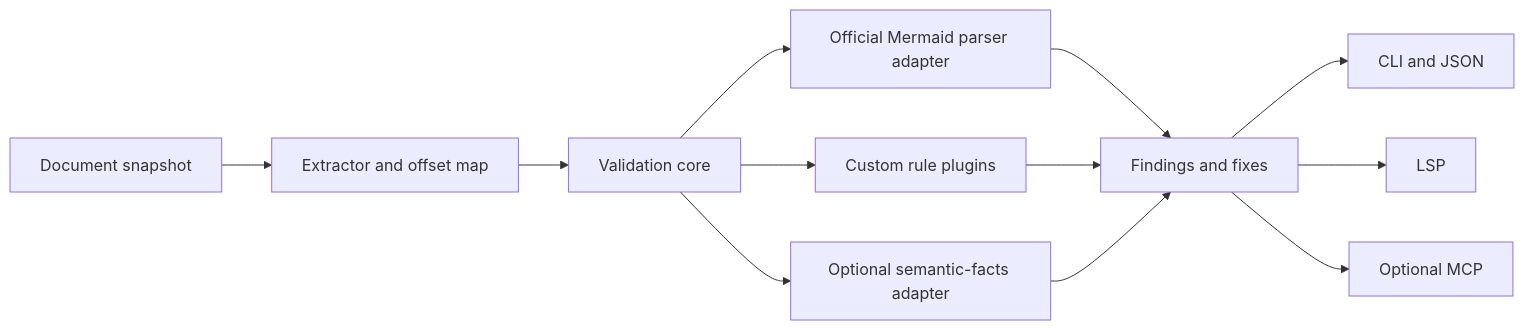
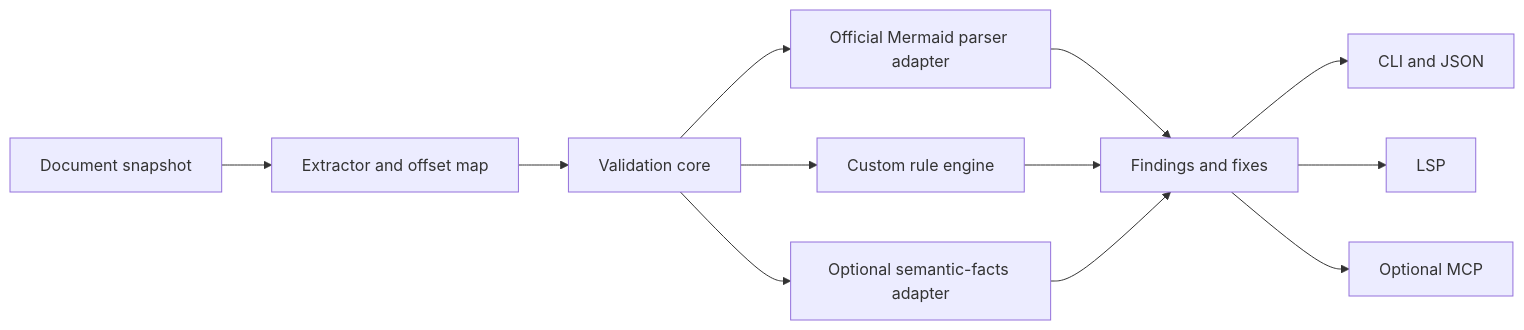
Before and after one commit to sanbaiw/mermaid-validator: the diagram in DRAFT-PLAN.md, drawn with Mermaid. The commit also changed other lines of this file and 1 other file, not shown here.

````diff
--- a/DRAFT-PLAN.md
+++ b/DRAFT-PLAN.md
@@ -78,14 +78,14 @@
 ```mermaid
 flowchart LR
   D["Document snapshot"] --> E["Extractor and offset map"]
   E --> C["Validation core"]
   C --> P["Official Mermaid parser adapter"]
-  C --> R["Custom rule plugins"]
+  C --> R["Custom rule engine"]
   C --> F["Optional semantic-facts adapter"]
   P --> O["Findings and fixes"]
   R --> O
   F --> O
   O --> CLI["CLI and JSON"]
   O --> LSP["LSP"]
   O --> MCP["Optional MCP"]
 ```
````
